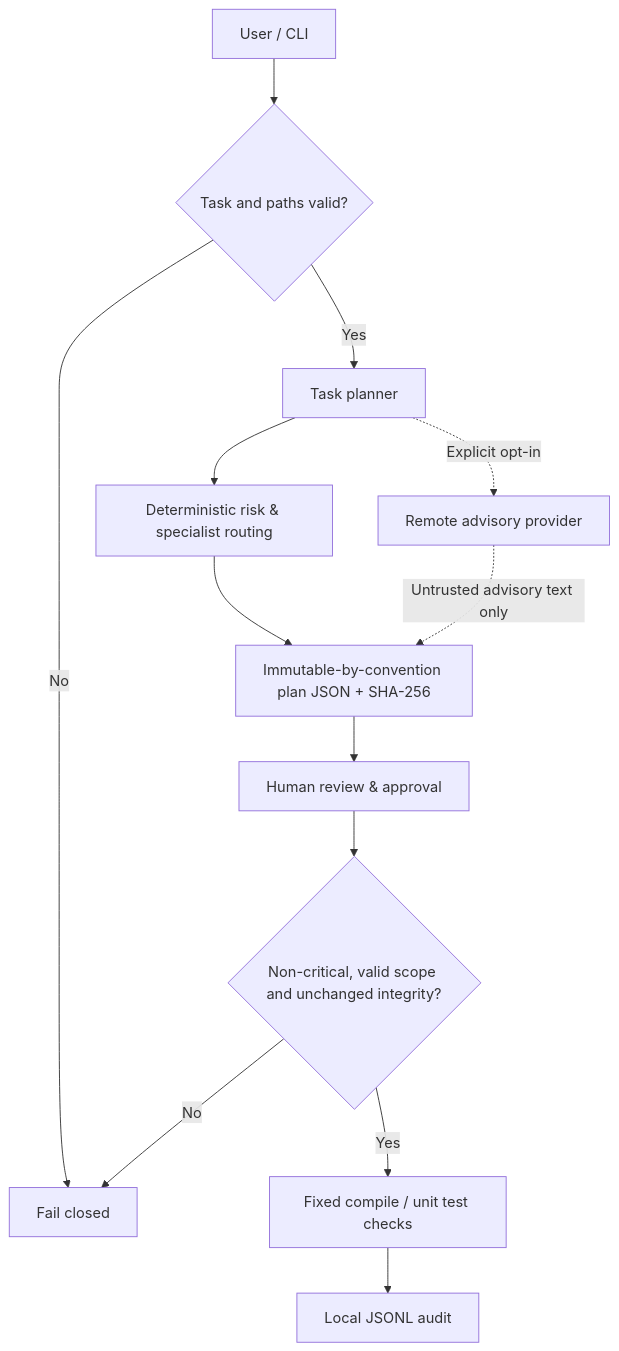
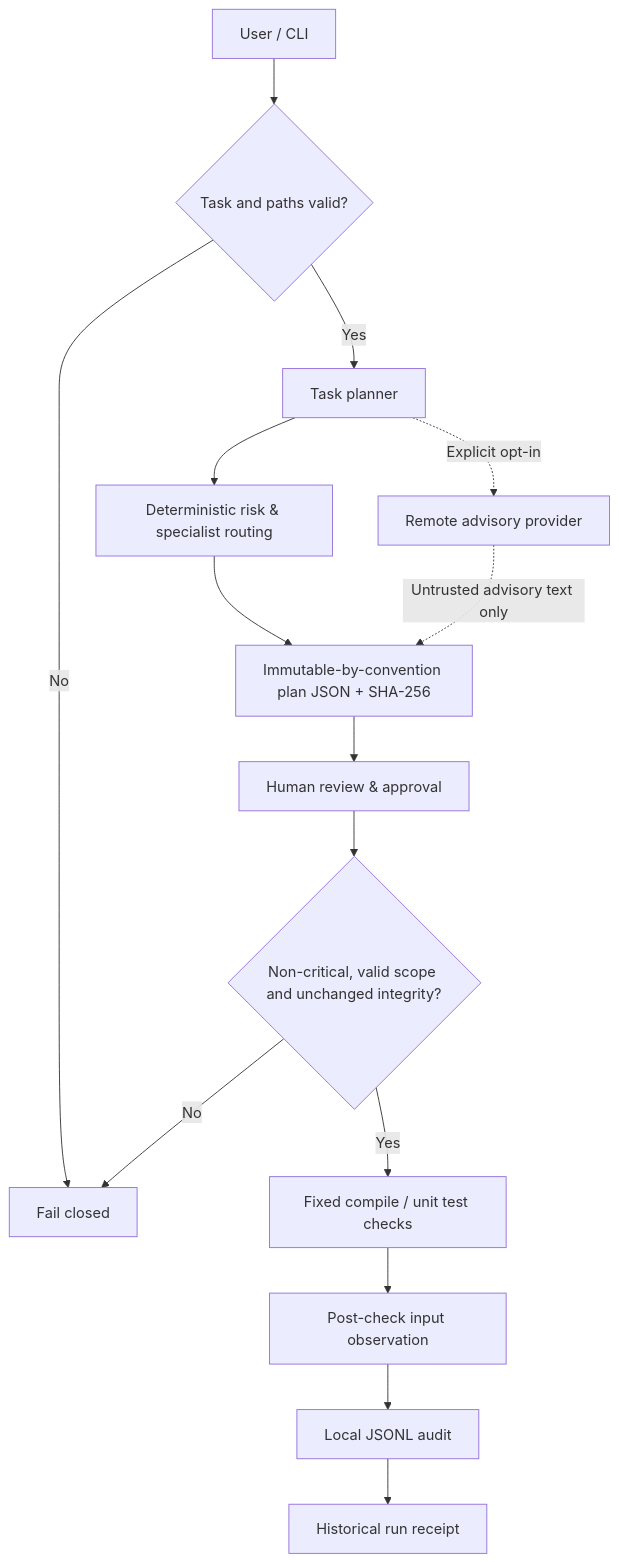
One commit to herculespt/euromind-safeops changed the diagram in docs/ARCHITECTURE.md. Above: the diagram before and after it, drawn with Mermaid. The commit also changed other lines of this file and 56 other files, not shown here.

Commit message:
feat: persist approved-check receipts and inspect historical results (0.3.0a14)

````diff
--- a/docs/ARCHITECTURE.md
+++ b/docs/ARCHITECTURE.md
@@ -7,15 +7,17 @@
 ```mermaid
 flowchart TD
   U["User / CLI"] --> V{"Task and paths valid?"}
   V -->|No| X[Fail closed]
   V -->|Yes| P[Task planner]
   P --> R["Deterministic risk & specialist routing"]
   P -. Explicit opt-in .-> A[Remote advisory provider]
   R --> D["Immutable-by-convention plan JSON + SHA-256"]
   A -. Untrusted advisory text only .-> D
   D --> H["Human review & approval"]
   H --> G{"Non-critical, valid scope and unchanged integrity?"}
   G -->|No| X[Fail closed]
   G -->|Yes| E["Fixed compile / unit test checks"]
-  E --> L[Local JSONL audit]
+  E --> C["Post-check input observation"]
+  C --> L[Local JSONL audit]
+  L --> F["Historical run receipt"]
 ```
````
